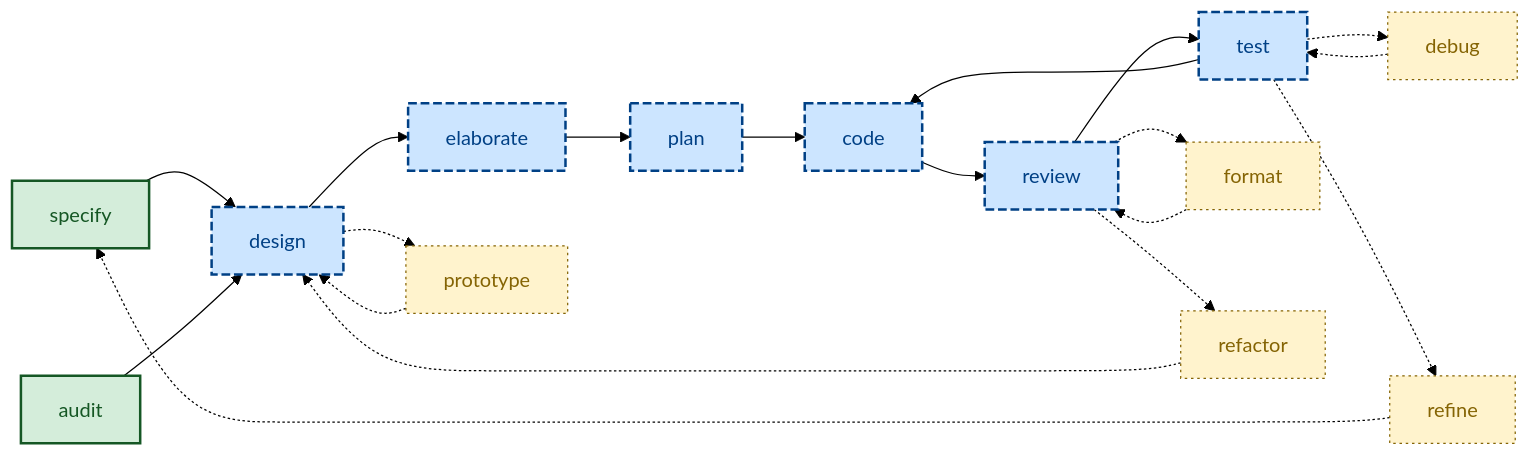
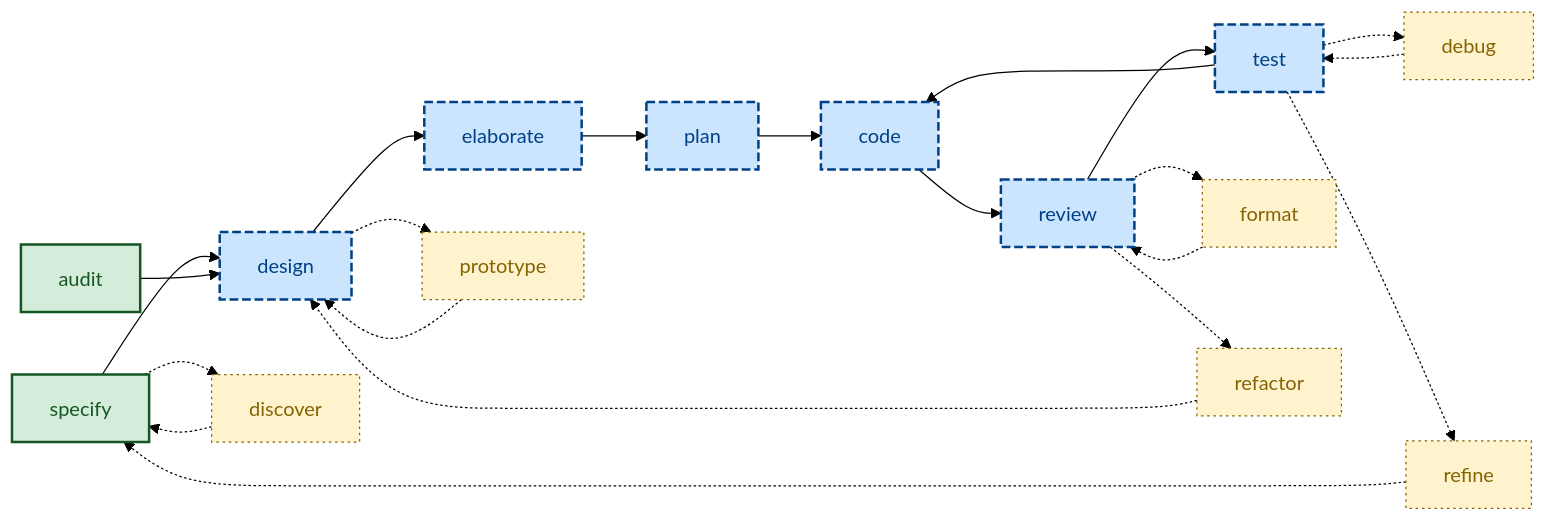
Before and after one commit to kieranpotts/skills: the diagram in README.md, drawn with Mermaid (forest theme). The commit also changed other lines of this file and 1 other file, not shown here.

````diff
--- a/README.md
+++ b/README.md
@@ -31,33 +31,35 @@
 ```mermaid
 flowchart LR
   %% Starting points.
   specify:::start --> design
   audit:::start --> design
 
   %% Main workflow sequence.
   design:::main --> elaborate
   elaborate:::main --> plan
   plan:::main --> code
   code:::main --> review
   review:::main --> test
   test:::main --> code
 
   %% Small iterative cycles.
+  discover:::secondary -.-> specify
+  specify -.-> discover
   design -.-> prototype:::secondary
   prototype -.-> design
   review -.-> format:::secondary
   format -.-> review
   test -.-> debug:::secondary
   debug -.-> test
 
   %% Big feedback loops.
   review -.-> refactor:::secondary
   refactor -.-> design
   test -.-> refine:::secondary
   refine -.-> specify
 
   %% Class definitions.
   classDef start fill:#d4edda,stroke:#155724,color:#155724,stroke-width:2px
   classDef main fill:#cce5ff,stroke:#004085,color:#004085,stroke-width:2px,stroke-dasharray:7 3
   classDef secondary fill:#fff3cd,stroke:#856404,color:#856404,stroke-width:1px,stroke-dasharray:2 3
 ```
````
